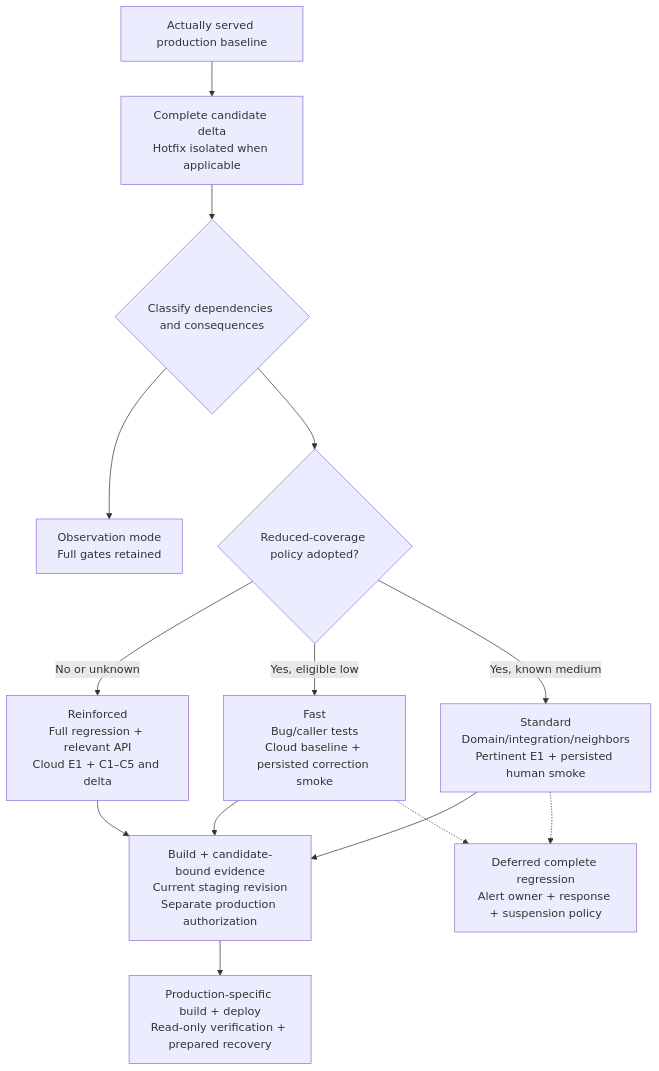
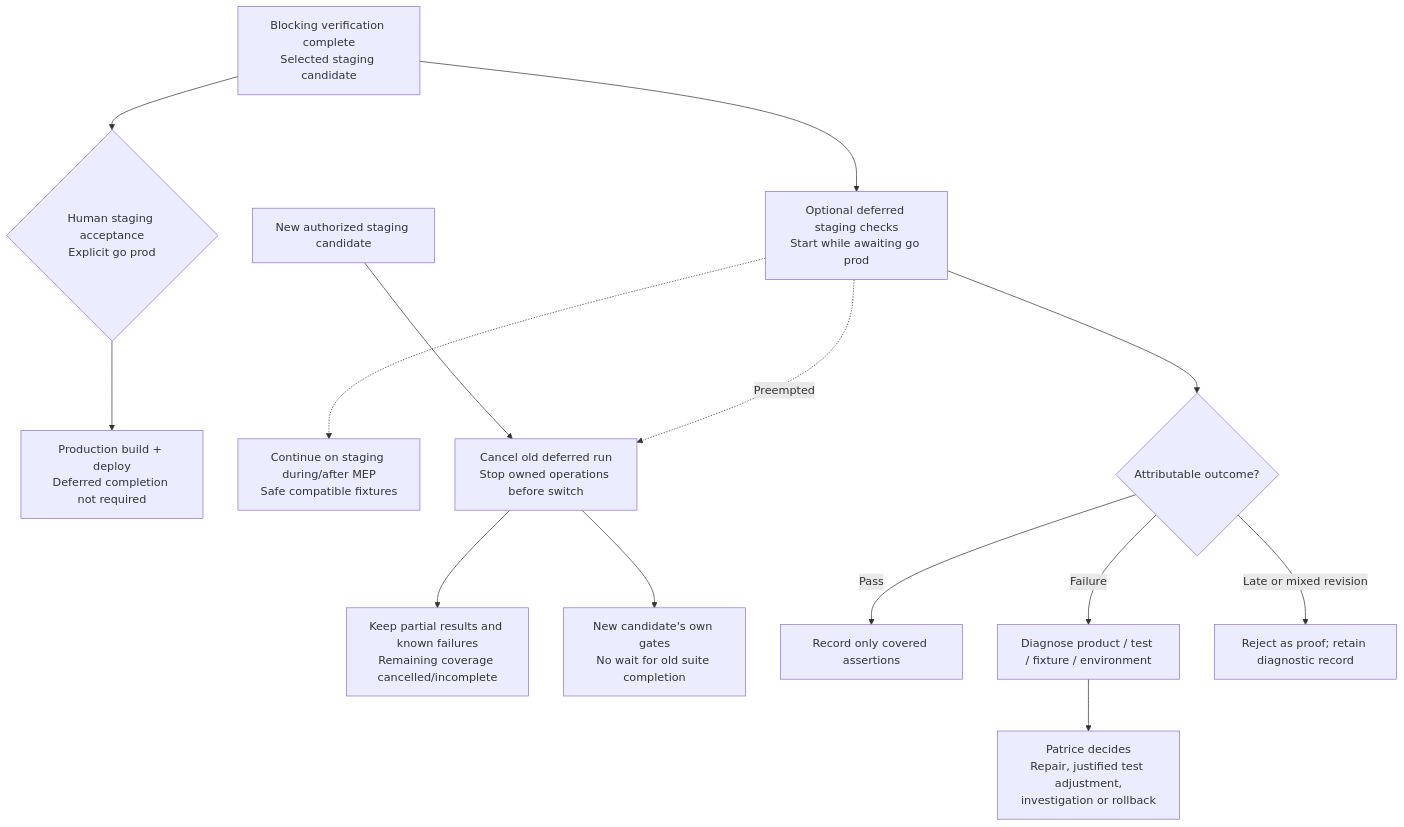
Before and after one commit to plamarque/hatcast: the third of 3 diagrams in _bmad-output/specs/spec-release-delivery/architecture-diagrams.md, drawn with Mermaid. The commit also changed other lines of this file and 43 other files, not shown here.

````diff
--- a/_bmad-output/specs/spec-release-delivery/architecture-diagrams.md
+++ b/_bmad-output/specs/spec-release-delivery/architecture-diagrams.md
@@ -27,16 +43,16 @@
 ```mermaid
 flowchart TB
-  BASE["Actually served production baseline"] --> DELTA["Complete candidate delta<br/>Hotfix isolated when applicable"]
-  DELTA --> R{"Classify dependencies and consequences"}
-  R --> OBS["Observation mode<br/>Full gates retained"]
-  R --> POLICY{"Reduced-coverage policy adopted?"}
-  POLICY -->|"No or unknown"| FULL["Reinforced<br/>Full regression + relevant API<br/>Cloud E1 + C1–C5 and delta"]
-  POLICY -->|"Yes, eligible low"| FAST["Fast<br/>Bug/caller tests<br/>Cloud baseline + persisted correction smoke"]
-  POLICY -->|"Yes, known medium"| STD["Standard<br/>Domain/integration/neighbors<br/>Pertinent E1 + persisted human smoke"]
-  FAST --> COMMON["Build + candidate-bound evidence<br/>Current staging revision<br/>Separate production authorization"]
-  STD --> COMMON
-  FULL --> COMMON
-  COMMON --> PROD["Production-specific build + deploy<br/>Read-only verification + prepared recovery"]
-  FAST -.-> DEF["Deferred complete regression<br/>Alert owner + response + suspension policy"]
-  STD -.-> DEF
+  READY["Blocking verification complete<br/>Selected staging candidate"] --> DEFER["Optional deferred staging checks<br/>Start while awaiting go prod"]
+  READY --> GO{"Human staging acceptance<br/>Explicit go prod"}
+  GO --> MEP["Production build + deploy<br/>Deferred completion not required"]
+  DEFER -.-> PARALLEL["Continue on staging during/after MEP<br/>Safe compatible fixtures"]
+  NEXT["New authorized staging candidate"] --> CANCEL["Cancel old deferred run<br/>Stop owned operations before switch"]
+  DEFER -.->|Preempted| CANCEL
+  CANCEL --> PARTIAL["Keep partial results and known failures<br/>Remaining coverage cancelled/incomplete"]
+  CANCEL --> NEW["New candidate's own gates<br/>No wait for old suite completion"]
+  DEFER --> RESULT{"Attributable outcome?"}
+  RESULT -->|Pass| RECORD["Record only covered assertions"]
+  RESULT -->|Failure| DIAG["Diagnose product / test / fixture / environment"]
+  RESULT -->|Late or mixed revision| REJECT["Reject as proof; retain diagnostic record"]
+  DIAG --> HUMAN["Patrice decides<br/>Repair, justified test adjustment,<br/>investigation or rollback"]
 ```
````
